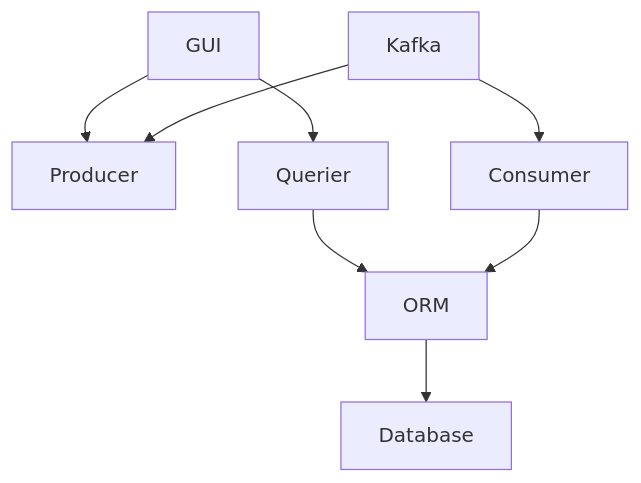
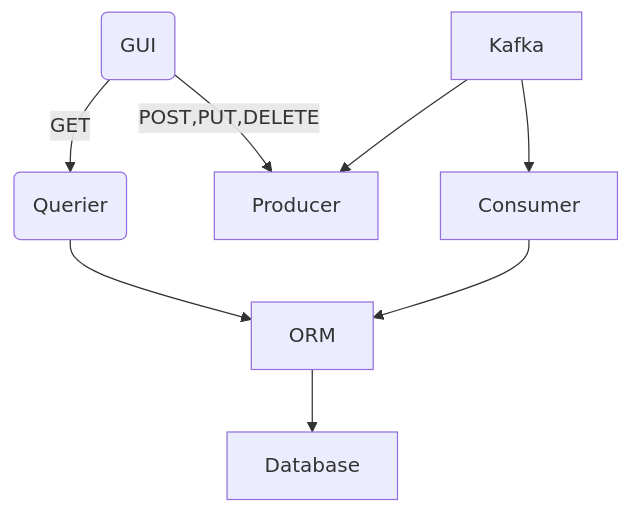
Before and after one commit to davidswisa/microservices-example-kube: the diagram in README.md, drawn with Mermaid. The commit also changed other lines of this file and 1 other file, not shown here.

````diff
--- a/README.md
+++ b/README.md
@@ -7,10 +10,12 @@
 ```mermaid
 graph TD;
-GUI --> Producer;
-GUI --> Querier;
-Querier --> ORM;
+GUI(GUI) -->|GET| Querier;
+GUI(GUI) -->|POST,PUT,DELETE| Producer;
+
+Querier(Querier) --> ORM;
 Kafka --> Producer;
 Kafka --> Consumer;
 ORM --> Database;
 Consumer --> ORM;
+
 ```
````
